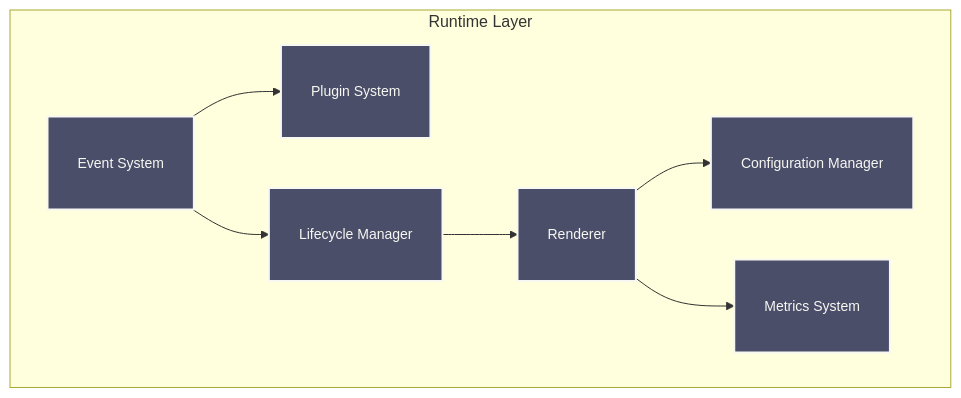
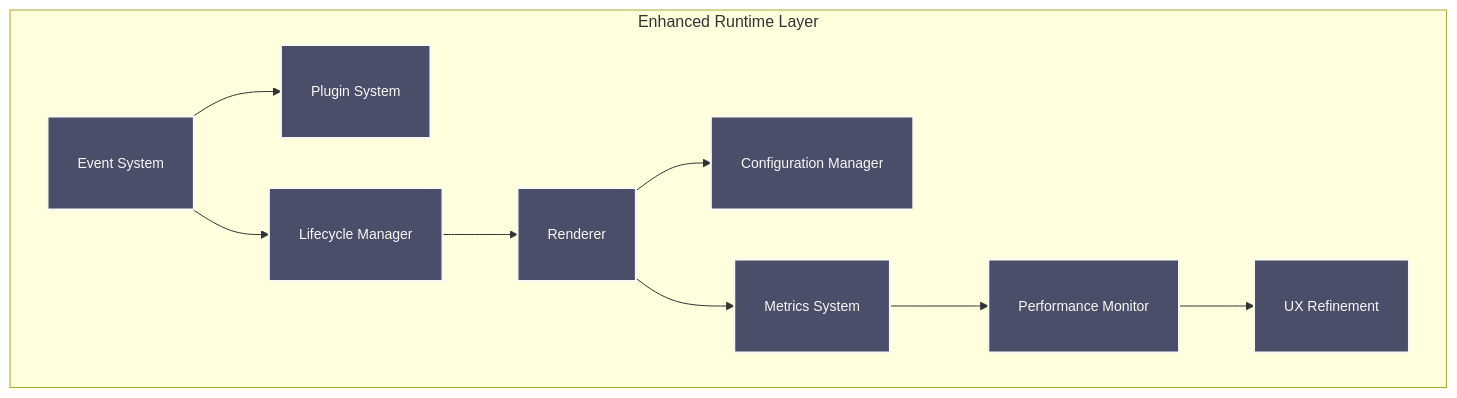
Before and after one commit to Hydepwns/raxol: the fourth of 9 diagrams in docs/ARCHITECTURE.md, drawn with Mermaid. The commit also changed other lines of this file and 2 other files, not shown here.

````diff
--- a/docs/ARCHITECTURE.md
+++ b/docs/ARCHITECTURE.md
@@ -122,20 +140,24 @@
 ```mermaid
 graph TB
-    subgraph Runtime["Runtime Layer"]
+    subgraph Runtime["Enhanced Runtime Layer"]
         Events[Event System]
         Plugins[Plugin System]
         Render[Renderer]
         Lifecycle[Lifecycle Manager]
         Config[Configuration Manager]
         Metrics[Metrics System]
+        Performance[Performance Monitor]
+        UX[UX Refinement]
     end
 
     Events --> Plugins
     Events --> Lifecycle
     Lifecycle --> Render
     Render --> Config
     Render --> Metrics
+    Metrics --> Performance
+    Performance --> UX
 
     classDef component fill:#4a4e69,stroke:#f8f8f2,stroke-width:2px,color:#f8f8f2,font-size:14px,padding:6px;
-    class Events,Plugins,Render,Lifecycle,Config,Metrics component;
+    class Events,Plugins,Render,Lifecycle,Config,Metrics,Performance,UX component;
 ```
````
